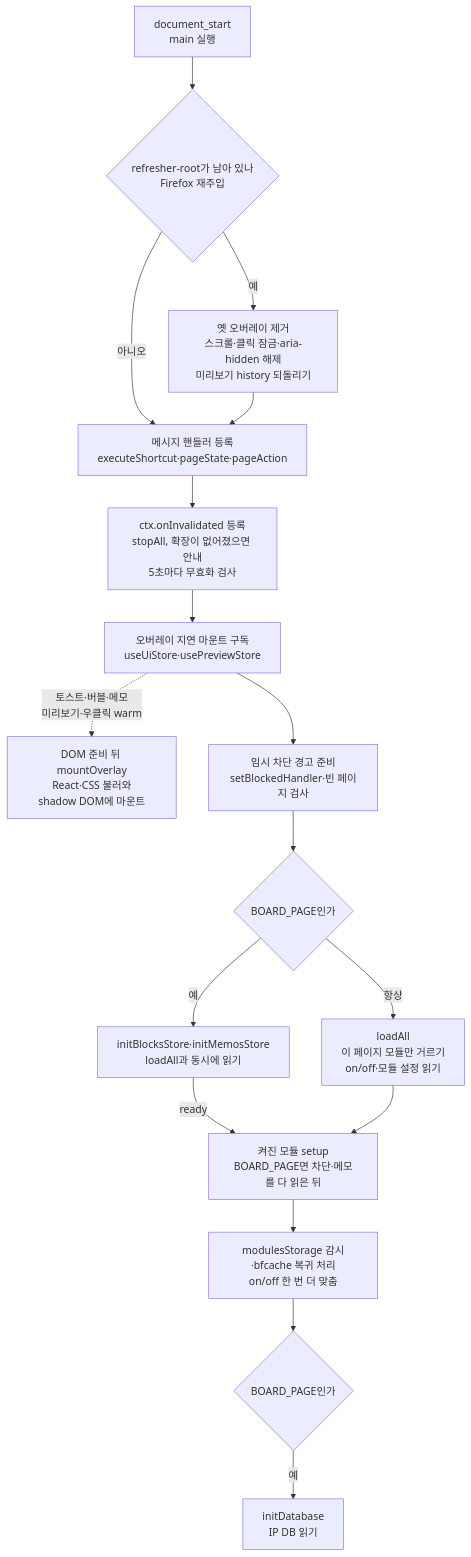
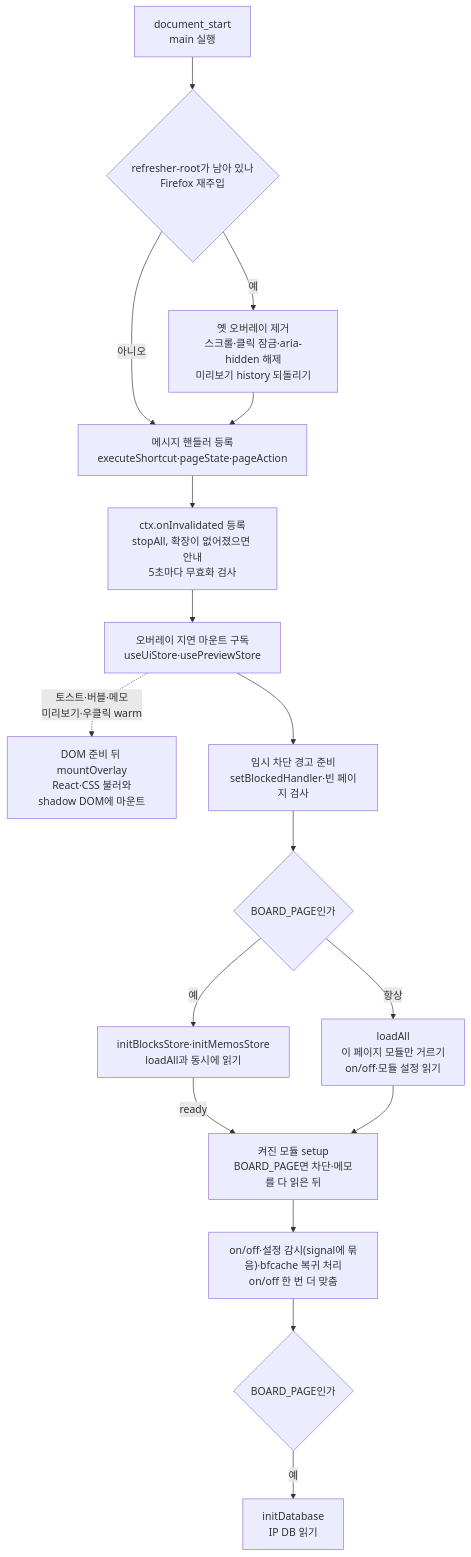
Before and after one commit to green1052/DCRefresher-Reborn: the second of 6 diagrams in docs/DEVELOPMENT.md, drawn with Mermaid. The commit also changed other lines of this file and 1 other file, not shown here.

````diff
--- a/docs/DEVELOPMENT.md
+++ b/docs/DEVELOPMENT.md
@@ -168,19 +169,19 @@
 ```mermaid
 flowchart TD
     S["document_start<br>main 실행"] --> F{"refresher-root가 남아 있나<br>Firefox 재주입"}
     F -->|예| C["옛 오버레이 제거<br>스크롤·클릭 잠금·aria-hidden 해제<br>미리보기 history 되돌리기"]
     F -->|아니오| M
     C --> M["메시지 핸들러 등록<br>executeShortcut·pageState·pageAction"]
     M --> I["ctx.onInvalidated 등록<br>stopAll, 확장이 없어졌으면 안내<br>5초마다 무효화 검사"]
     I --> O["오버레이 지연 마운트 구독<br>useUiStore·usePreviewStore"]
     O -.->|"토스트·버블·메모<br>미리보기·우클릭 warm"| MO["DOM 준비 뒤 mountOverlay<br>React·CSS 불러와<br>shadow DOM에 마운트"]
     O --> K["임시 차단 경고 준비<br>setBlockedHandler·빈 페이지 검사"]
     K --> B{"BOARD_PAGE인가"}
     B -->|예| ST["initBlocksStore·initMemosStore<br>loadAll과 동시에 읽기"]
     B -->|항상| LA["loadAll<br>이 페이지 모듈만 거르기<br>on/off·모듈 설정 읽기"]
     ST -->|ready| SU
     LA --> SU["켜진 모듈 setup<br>BOARD_PAGE면 차단·메모를 다 읽은 뒤"]
-    SU --> W["modulesStorage 감시·bfcache 복귀 처리<br>on/off 한 번 더 맞춤"]
+    SU --> W["on/off·설정 감시(signal에 묶음)·bfcache 복귀 처리<br>on/off 한 번 더 맞춤"]
     W --> D{"BOARD_PAGE인가"}
     D -->|예| DB["initDatabase<br>IP DB 읽기"]
 ```
````
